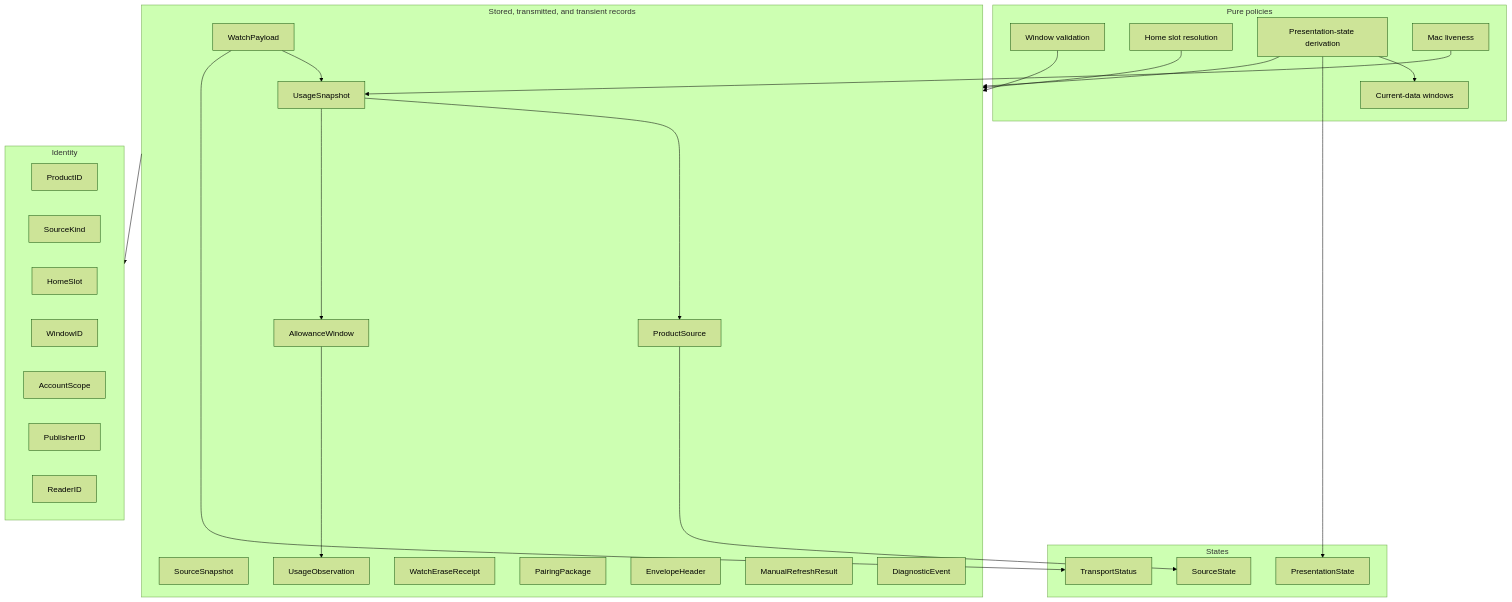
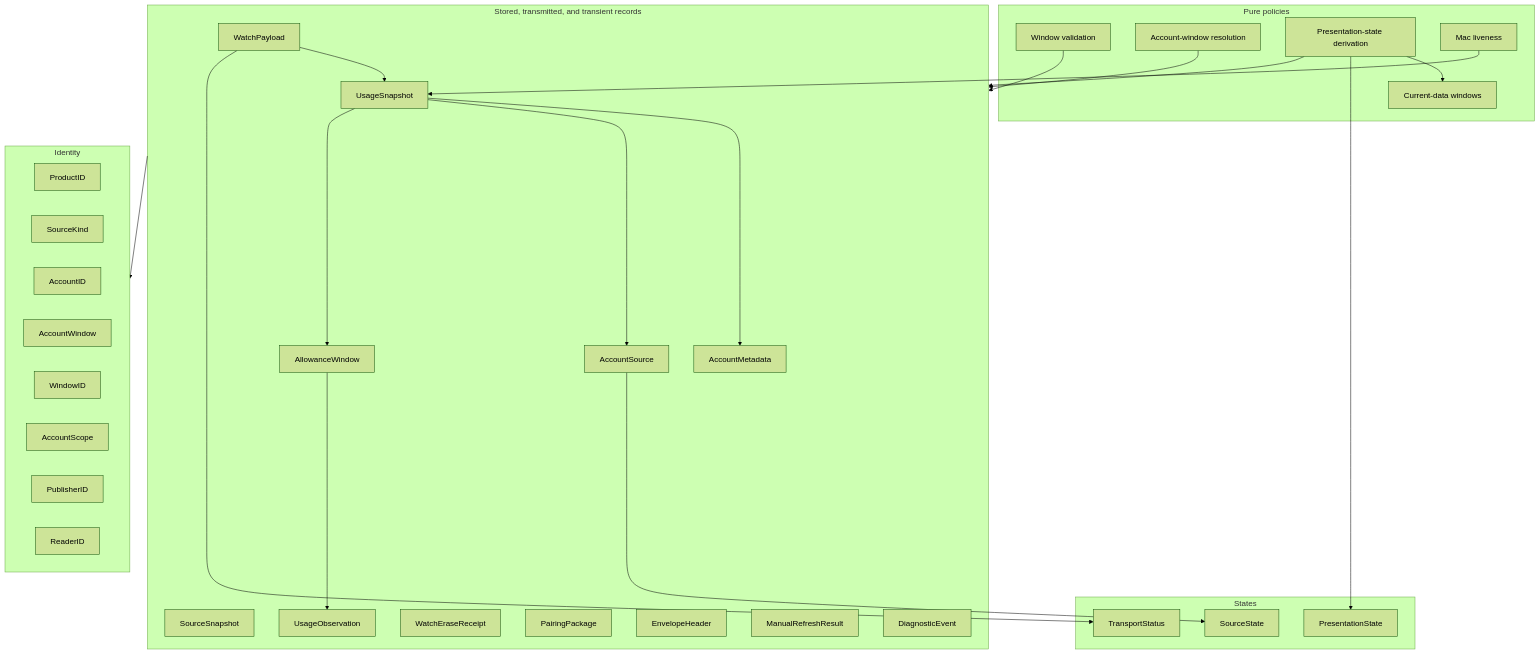
One commit to pastry-personal5/reset-radar changed the diagram in docs/architecture/domain.md. Above: the diagram before and after it, drawn with Mermaid (forest theme). The commit also changed other lines of this file and 28 other files, not shown here.

````diff
--- a/docs/architecture/domain.md
+++ b/docs/architecture/domain.md
@@ -25,50 +25,53 @@
 ```mermaid
 flowchart TB
   subgraph Identity["Identity"]
     ProductID
     SourceKind
-    HomeSlot
+    AccountID
+    AccountWindow
     WindowID
     AccountScope
     PublisherID
     ReaderID
   end
   subgraph Records["Stored, transmitted, and transient records"]
     UsageSnapshot
     SourceSnapshot
-    ProductSource
+    AccountMetadata
+    AccountSource
     AllowanceWindow
     UsageObservation
     WatchPayload
     WatchEraseReceipt
     PairingPackage
     EnvelopeHeader
     ManualRefreshResult
     DiagnosticEvent
   end
   subgraph States["States"]
     SourceState
     PresentationState
     TransportStatus
   end
   subgraph Policies["Pure policies"]
     Validation["Window validation"]
-    SlotResolution["Home slot resolution"]
+    SlotResolution["Account-window resolution"]
     Presentation["Presentation-state derivation"]
     Liveness["Mac liveness"]
     CurrentData["Current-data windows"]
   end
-  UsageSnapshot --> ProductSource
+  UsageSnapshot --> AccountMetadata
+  UsageSnapshot --> AccountSource
   UsageSnapshot --> AllowanceWindow
   AllowanceWindow --> UsageObservation
   WatchPayload --> UsageSnapshot
   WatchPayload --> TransportStatus
-  ProductSource --> SourceState
+  AccountSource --> SourceState
   Records --> Identity
   Validation --> Records
   SlotResolution --> Records
   Presentation --> Records
   Presentation --> CurrentData
   Presentation --> PresentationState
   Liveness --> UsageSnapshot
 ```
````
